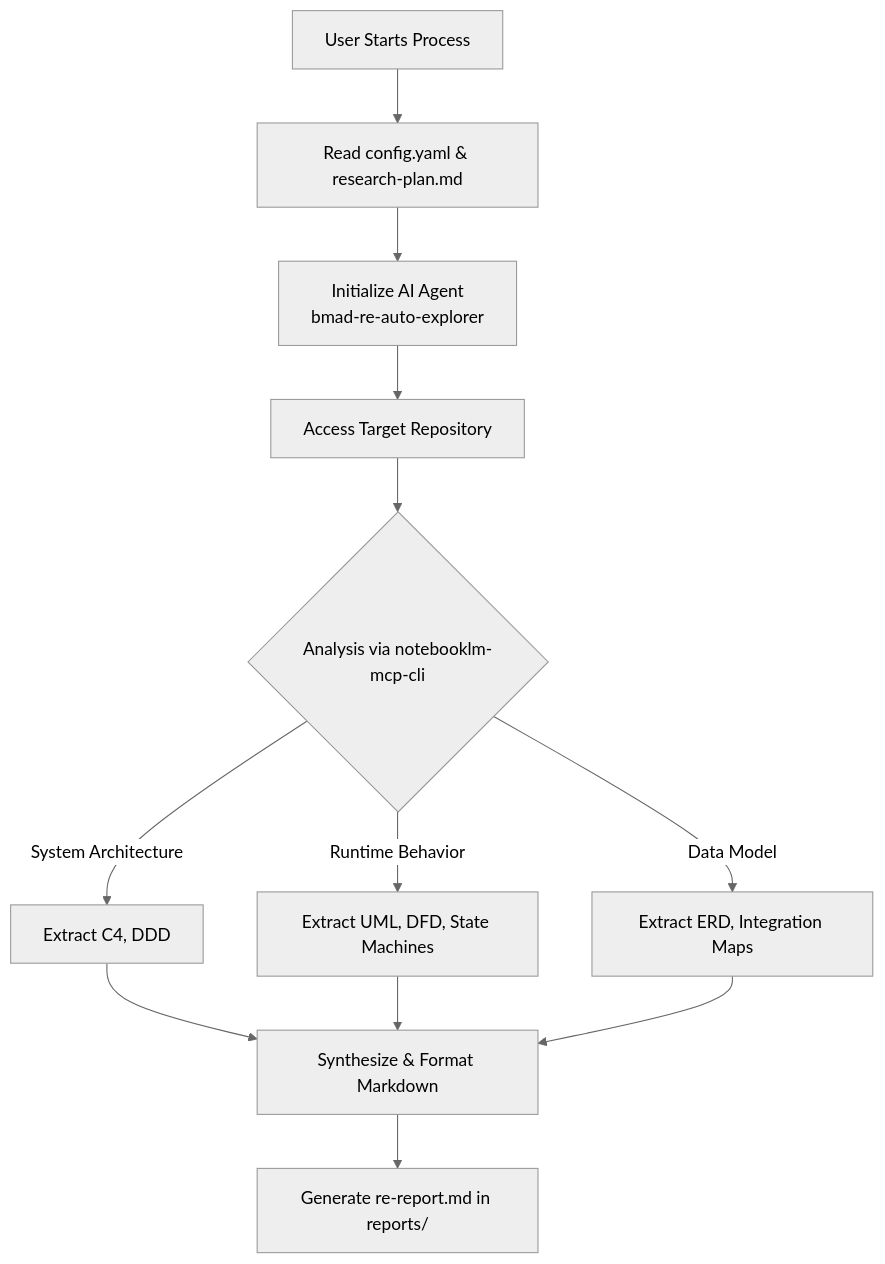
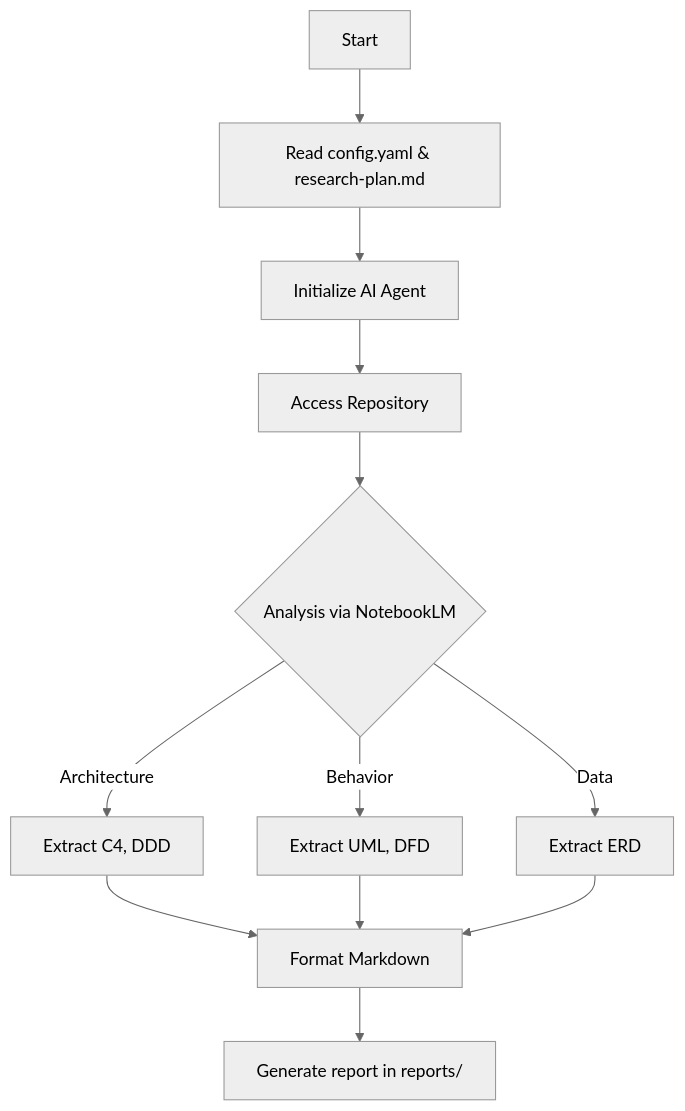
The diagram in README.md (nimblemo/reverse-engeneering-skill), drawn with Mermaid (neutral theme) before and after one commit. The commit also changed other lines of this file, not shown here.

````diff
--- a/README.md
+++ b/README.md
@@ -31,17 +56,17 @@
 ```mermaid
 flowchart TD
-    A[User Starts Process] --> B[Read config.yaml & research-plan.md]
-    B --> C[Initialize AI Agent<br/>bmad-re-auto-explorer]
-    C --> D[Access Target Repository]
-    D --> E{Analysis via notebooklm-mcp-cli}
+    A[Start] --> B[Read config.yaml & research-plan.md]
+    B --> C[Initialize AI Agent]
+    C --> D[Access Repository]
+    D --> E{Analysis via NotebookLM}
     
-    E -->|System Architecture| F[Extract C4, DDD]
-    E -->|Runtime Behavior| G[Extract UML, DFD, State Machines]
-    E -->|Data Model| H[Extract ERD, Integration Maps]
+    E -->|Architecture| F[Extract C4, DDD]
+    E -->|Behavior| G[Extract UML, DFD]
+    E -->|Data| H[Extract ERD]
     
-    F --> I[Synthesize & Format Markdown]
+    F --> I[Format Markdown]
     G --> I
     H --> I
     
-    I --> J[Generate re-report.md in reports/]
+    I --> J[Generate report in reports/]
 ```
````
